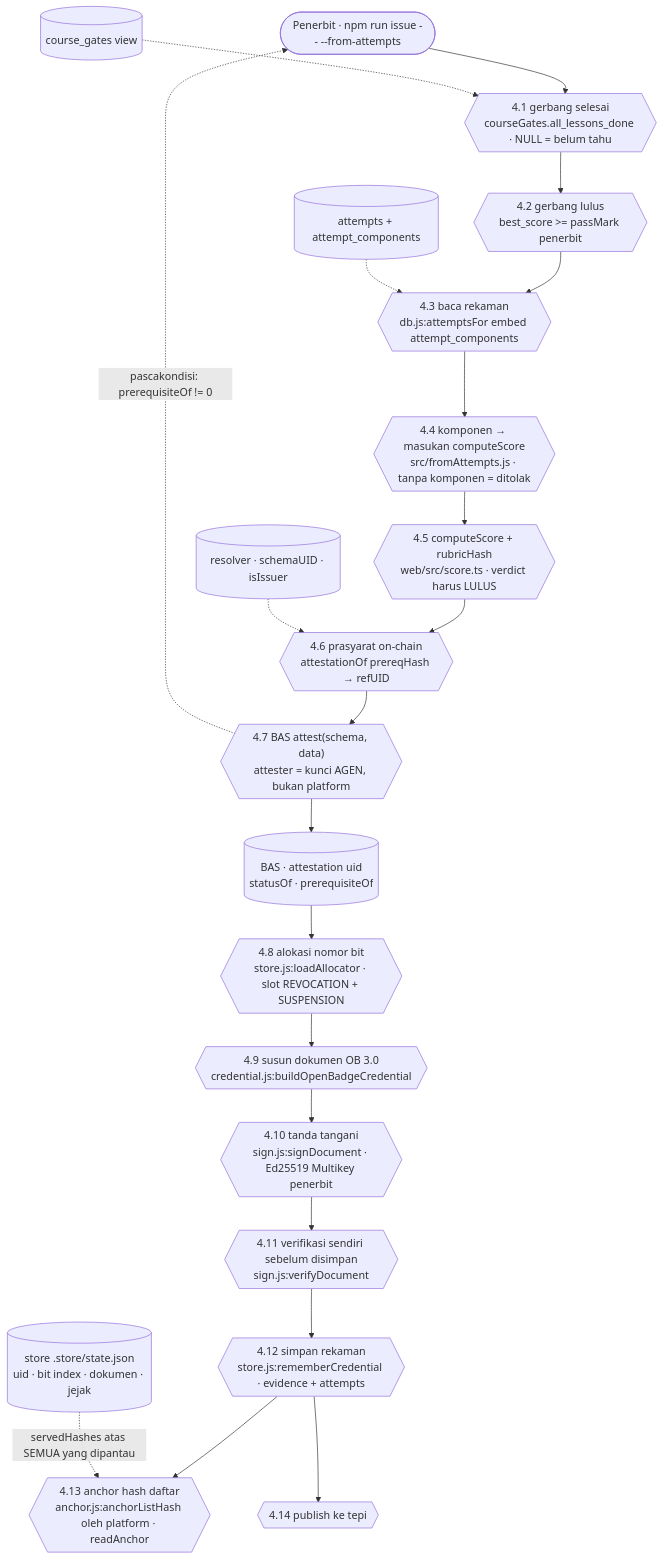
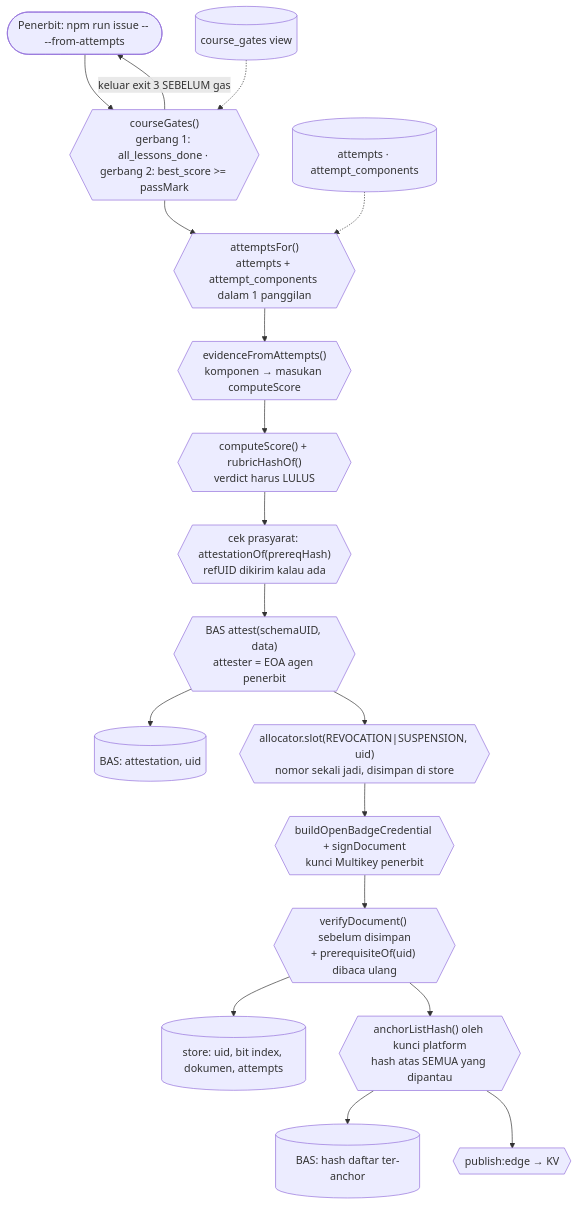
The seventh of 15 diagrams in vault/00-Overview/12 - Business Process.md (Shenhan01-sys/Lencana), drawn with Mermaid before and after one commit. The commit also changed other lines of this file and 14 other files, not shown here.

````diff
--- a/vault/00-Overview/12 - Business Process.md
+++ b/vault/00-Overview/12 - Business Process.md
@@ -299,44 +300,38 @@
 ```mermaid
 flowchart TB
-  PB([Penerbit · npm run issue -- --from-attempts])
-  G1{{"4.1 gerbang selesai<br/>courseGates.all_lessons_done · NULL = belum tahu"}}
-  G2{{"4.2 gerbang lulus<br/>best_score >= passMark penerbit"}}
-  RD{{"4.3 baca rekaman<br/>db.js:attemptsFor embed attempt_components"}}
-  MP{{"4.4 komponen → masukan computeScore<br/>src/fromAttempts.js · tanpa komponen = ditolak"}}
-  CS{{"4.5 computeScore + rubricHash<br/>web/src/score.ts · verdict harus LULUS"}}
-  PR{{"4.6 prasyarat on-chain<br/>attestationOf prereqHash → refUID"}}
-  AT{{"4.7 BAS attest(schema, data)<br/>attester = kunci AGEN, bukan platform"}}
-  AL{{"4.8 alokasi nomor bit<br/>store.js:loadAllocator · slot REVOCATION + SUSPENSION"}}
-  BD{{"4.9 susun dokumen OB 3.0<br/>credential.js:buildOpenBadgeCredential"}}
-  SG{{"4.10 tanda tangani<br/>sign.js:signDocument · Ed25519 Multikey penerbit"}}
-  VF{{"4.11 verifikasi sendiri sebelum disimpan<br/>sign.js:verifyDocument"}}
-  ST{{"4.12 simpan rekaman<br/>store.js:rememberCredential · evidence + attempts"}}
-  AN{{"4.13 anchor hash daftar<br/>anchor.js:anchorListHash oleh platform · readAnchor"}}
-  PU{{"4.14 publish ke tepi"}}
-  D1[("course_gates view")]
-  D2[("attempts + attempt_components")]
-  D3[("BAS · attestation uid<br/>statusOf · prerequisiteOf")]
-  D4[("store .store/state.json<br/>uid · bit index · dokumen · jejak")]
-  D5[("resolver · schemaUID · isIssuer")]
+  PB([Penerbit: npm run issue -- --from-attempts])
+  C1{{"courseGates()<br/>gerbang 1: all_lessons_done · gerbang 2: best_score >= passMark"}}
+  C2{{"attemptsFor()<br/>attempts + attempt_components dalam 1 panggilan"}}
+  C3{{"evidenceFromAttempts()<br/>komponen → masukan computeScore"}}
+  C4{{"computeScore() + rubricHashOf()<br/>verdict harus LULUS"}}
+  C5{{"cek prasyarat: attestationOf(prereqHash)<br/>refUID dikirim kalau ada"}}
+  C6{{"BAS attest(schemaUID, data)<br/>attester = EOA agen penerbit"}}
+  C7{{"allocator.slot(REVOCATION|SUSPENSION, uid)<br/>nomor sekali jadi, disimpan di store"}}
+  C8{{"buildOpenBadgeCredential + signDocument<br/>kunci Multikey penerbit"}}
+  C9{{"verifyDocument() sebelum disimpan<br/>+ prerequisiteOf(uid) dibaca ulang"}}
+  C10{{"anchorListHash() oleh kunci platform<br/>hash atas SEMUA yang dipantau"}}
+  C11{{"publish:edge → KV"}}
+  V1[("course_gates view")]
+  V2[("attempts · attempt_components")]
+  V3[("BAS: attestation, uid")]
+  V4[("store: uid, bit index, dokumen, attempts")]
+  V5[("BAS: hash daftar ter-anchor")]
 
-  PB --> G1
-  D1 -.-> G1
-  G1 --> G2
-  G2 --> RD
-  D2 -.-> RD
-  RD --> MP
-  MP --> CS
-  CS --> PR
-  D5 -.-> PR
-  PR --> AT
-  AT --> D3
-  D3 --> AL
-  AL --> BD
-  BD --> SG
-  SG --> VF
-  VF --> ST
-  ST --> AN
-  D4 -.->|servedHashes atas SEMUA yang dipantau| AN
-  ST --> PU
-  AT -.->|pascakondisi: prerequisiteOf != 0| PB
+  PB --> C1
+  V1 -.-> C1
+  C1 -->|"keluar exit 3 SEBELUM gas"| PB
+  C1 --> C2
+  V2 -.-> C2
+  C2 --> C3
+  C3 --> C4
+  C4 --> C5
+  C5 --> C6
+  C6 --> V3
+  C6 --> C7
+  C7 --> C8
+  C8 --> C9
+  C9 --> V4
+  C9 --> C10
+  C10 --> V5
+  C10 --> C11
 ```
````
